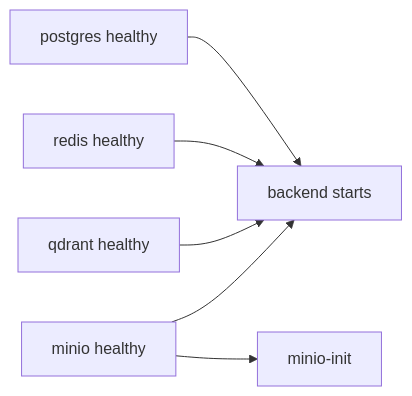
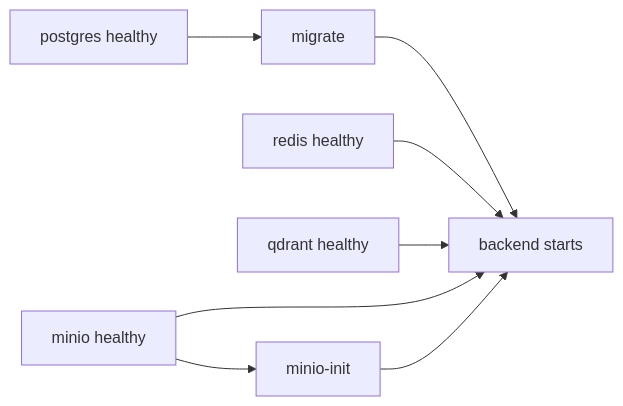
Before and after one commit to Jrahimin/rag-builder: the diagram in docs/learning/docker-local-development.md, drawn with Mermaid. The commit also changed other lines of this file and 5 other files, not shown here.

````diff
--- a/docs/learning/docker-local-development.md
+++ b/docs/learning/docker-local-development.md
@@ -69,15 +72,16 @@
 ```mermaid
 flowchart LR
     PG[postgres healthy]
     RD[redis healthy]
     QD[qdrant healthy]
     MN[minio healthy]
+    MG[migrate]
     BE[backend starts]
     MI[minio-init]
 
-    PG --> BE
+    PG --> MG --> BE
     RD --> BE
     QD --> BE
     MN --> BE
-    MN --> MI
+    MN --> MI --> BE
 ```
````
